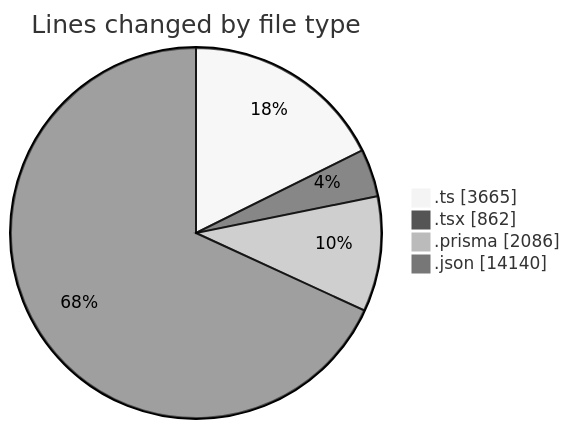
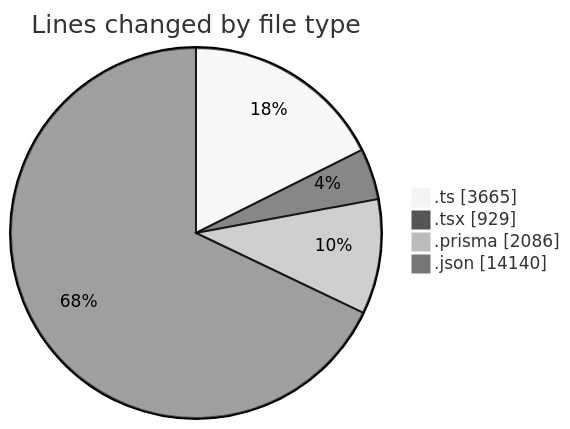
One commit to CELIANVF/code-tracking changed the first of 2 diagrams in 2025-05-19/ecodeli-1/README.md. Above: the diagram before and after it, drawn with Mermaid (neutral theme). The commit also changed other lines of this file and 1 other file, not shown here.

````diff
--- a/2025-05-19/ecodeli-1/README.md
+++ b/2025-05-19/ecodeli-1/README.md
@@ -32,8 +32,8 @@
 ```mermaid
 pie showData
 title Lines changed by file type
 ".ts" : 3665
-".tsx" : 862
+".tsx" : 929
 ".prisma" : 2086
 ".json" : 14140
 ```
````
